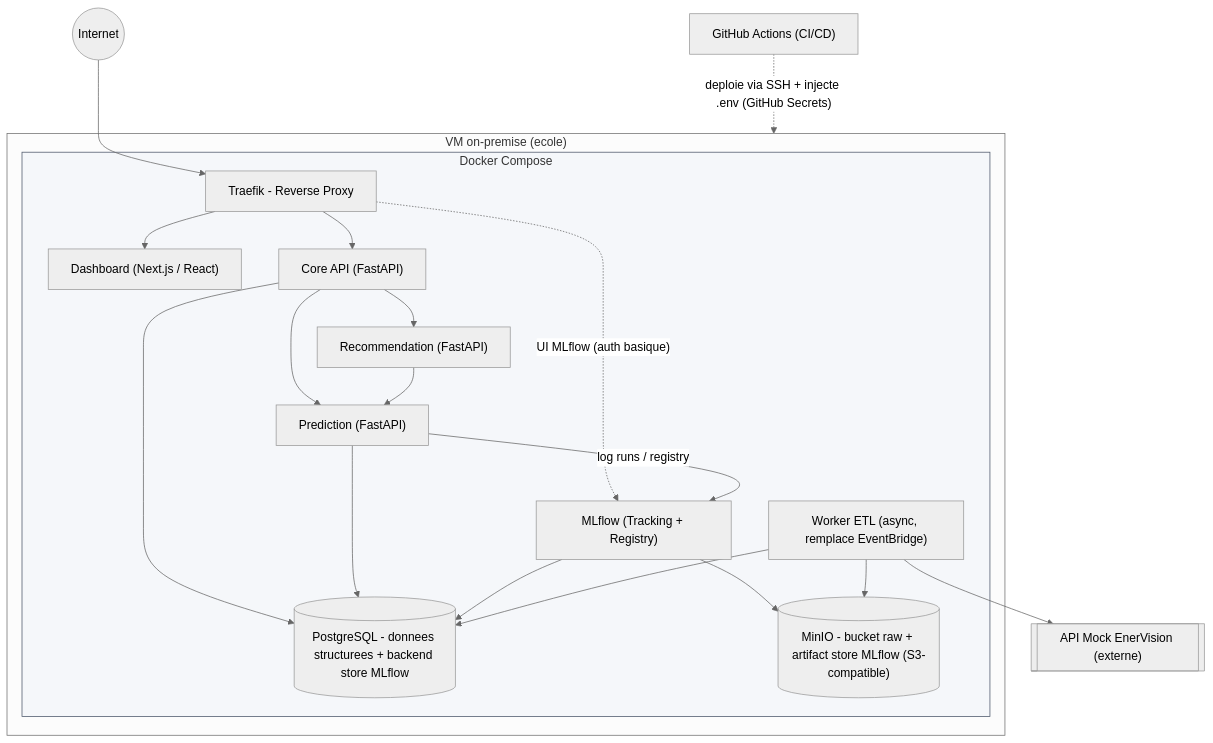
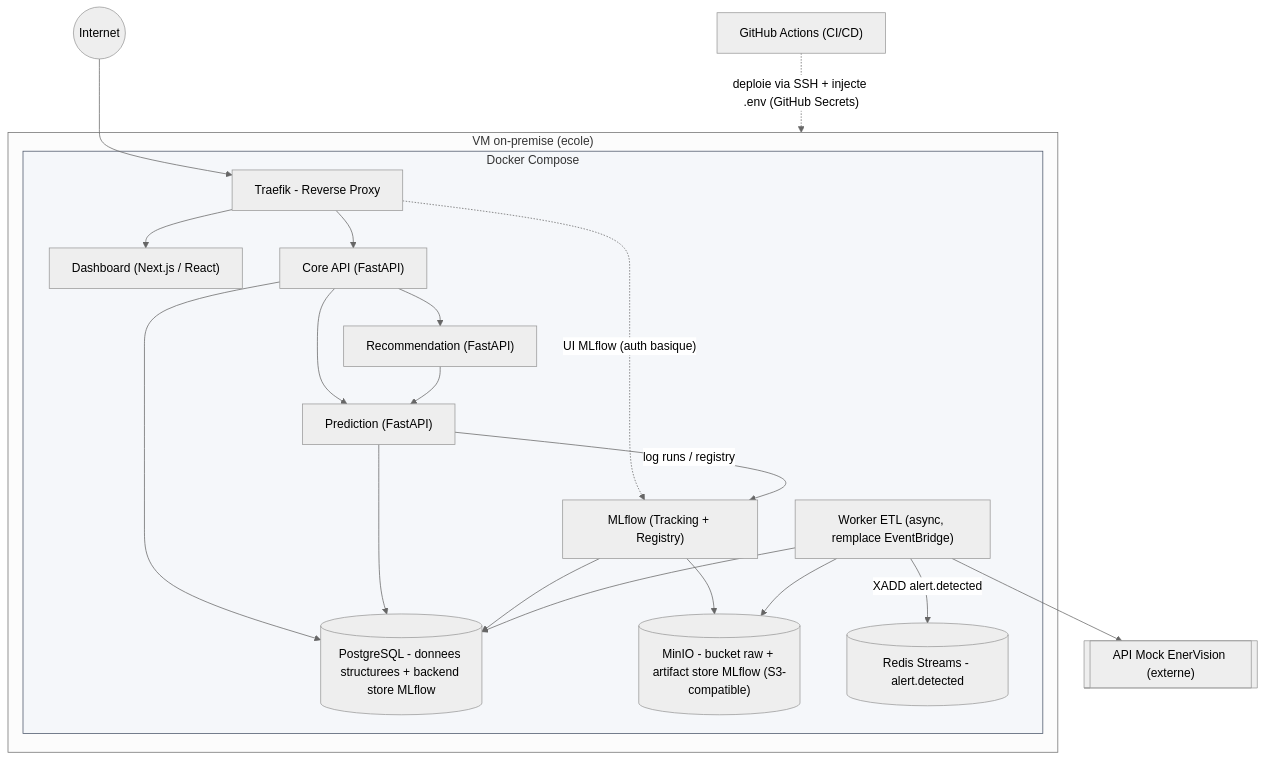
The diagram in docs/archi_infra.md (PetitPingu/EnerVision), drawn with Mermaid (neutral theme) before and after one commit. The commit also changed other lines of this file and 18 other files, not shown here.

````diff
--- a/docs/archi_infra.md
+++ b/docs/archi_infra.md
@@ -23,39 +24,41 @@
 ```mermaid
 flowchart TB
     Internet((Internet))
     Mock[["API Mock EnerVision (externe)"]]
     CI["GitHub Actions (CI/CD)"]
  
     subgraph VM["VM on-premise (ecole)"]
         subgraph Net["Docker Compose"]
             RP["Traefik - Reverse Proxy"]
             Dash["Dashboard (Next.js / React)"]
             API["Core API (FastAPI)"]
             Pred["Prediction (FastAPI)"]
             Reco["Recommendation (FastAPI)"]
             Etl["Worker ETL (async, remplace EventBridge)"]
             MLflow["MLflow (Tracking + Registry)"]
             PG[("PostgreSQL - donnees structurees + backend store MLflow")]
             Minio[("MinIO - bucket raw + artifact store MLflow (S3-compatible)")]
+            Redis[("Redis Streams - alert.detected")]
         end
     end
  
     Internet --> RP
     RP --> Dash
     RP --> API
     RP -. "UI MLflow (auth basique)" .-> MLflow
     API --> Pred
     API --> Reco
     Reco --> Pred
     API --> PG
     Pred --> PG
     Pred -- "log runs / registry" --> MLflow
     MLflow --> PG
     MLflow --> Minio
     Etl --> PG
     Etl --> Minio
     Etl --> Mock
+    Etl -- "XADD alert.detected" --> Redis
     CI -. "deploie via SSH + injecte .env (GitHub Secrets)" .-> VM
  
     style Net fill:#f5f7fa,stroke:#4a5568,stroke-width:1px
 ```
````
